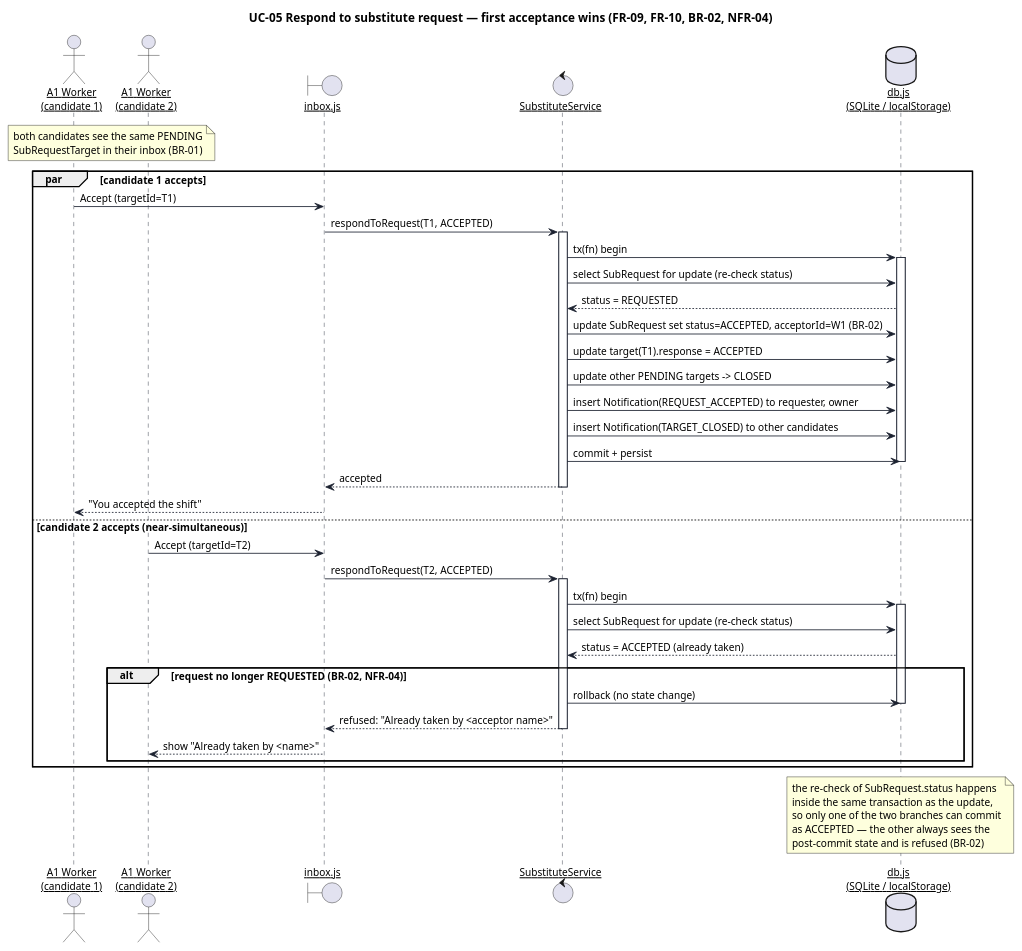
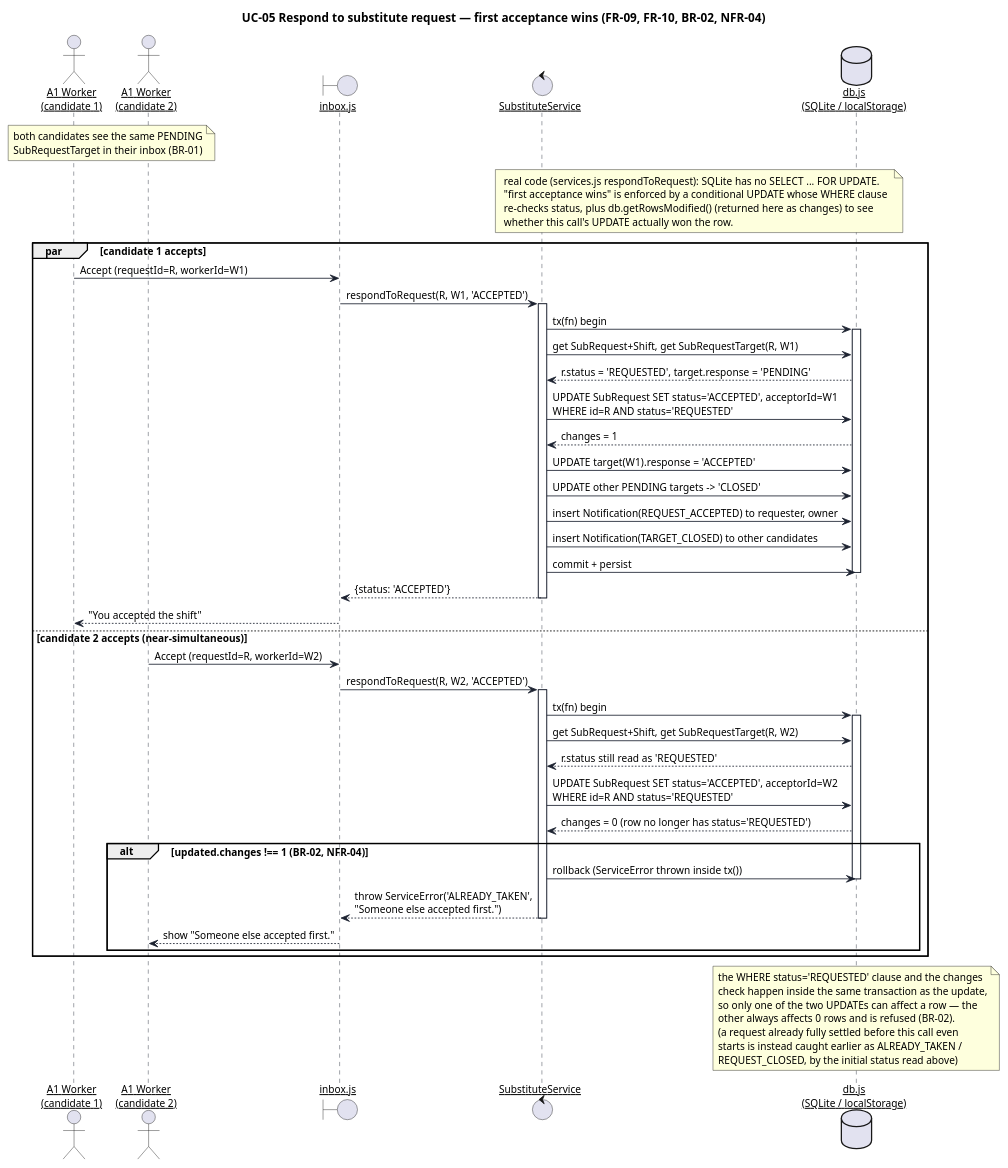
The diagram in uml/src/seq-2-accept.puml (keemlogan/shiftswap), drawn with PlantUML before and after one commit. The commit also changed 95 other files, not shown here.

Commit message:
Iteration 3: v3 UI, tests 62, UML aligned with code, report chapters 1-6 and 8, prompt v4 written

```diff
--- a/uml/src/seq-2-accept.puml
+++ b/uml/src/seq-2-accept.puml
@@ -1,70 +1,82 @@
 @startuml seq-2-accept
 skinparam defaultFontName "Helvetica"
 skinparam defaultFontSize 12
 skinparam shadowing false
 skinparam backgroundColor #FFFFFF
 skinparam sequenceArrowThickness 1
 skinparam sequenceParticipant underline
 skinparam participant {
   BackgroundColor #FFFFFF
   BorderColor #1C2230
 }
 skinparam sequence {
   LifeLineBorderColor #1C2230
   ArrowColor #1C2230
   BoxBorderColor #1C2230
 }
 
 title UC-05 Respond to substitute request — first acceptance wins (FR-09, FR-10, BR-02, NFR-04)
 
 actor "A1 Worker\n(candidate 1)" as W1
 actor "A1 Worker\n(candidate 2)" as W2
 boundary "inbox.js" as UI
 control "SubstituteService" as Svc
 database "db.js\n(SQLite / localStorage)" as DB
 
 note over W1, W2 : both candidates see the same PENDING\nSubRequestTarget in their inbox (BR-01)
 
+note over Svc, DB
+  real code (services.js respondToRequest): SQLite has no SELECT ... FOR UPDATE.
+  "first acceptance wins" is enforced by a conditional UPDATE whose WHERE clause
+  re-checks status, plus db.getRowsModified() (returned here as changes) to see
+  whether this call's UPDATE actually won the row.
+end note
+
 par candidate 1 accepts
-  W1 -> UI : Accept (targetId=T1)
-  UI -> Svc : respondToRequest(T1, ACCEPTED)
+  W1 -> UI : Accept (requestId=R, workerId=W1)
+  UI -> Svc : respondToRequest(R, W1, 'ACCEPTED')
   activate Svc
   Svc -> DB : tx(fn) begin
   activate DB
-  Svc -> DB : select SubRequest for update (re-check status)
-  DB --> Svc : status = REQUESTED
-  Svc -> DB : update SubRequest set status=ACCEPTED, acceptorId=W1 (BR-02)
-  Svc -> DB : update target(T1).response = ACCEPTED
-  Svc -> DB : update other PENDING targets -> CLOSED
+  Svc -> DB : get SubRequest+Shift, get SubRequestTarget(R, W1)
+  DB --> Svc : r.status = 'REQUESTED', target.response = 'PENDING'
+  Svc -> DB : UPDATE SubRequest SET status='ACCEPTED', acceptorId=W1\nWHERE id=R AND status='REQUESTED'
+  DB --> Svc : changes = 1
+  Svc -> DB : UPDATE target(W1).response = 'ACCEPTED'
+  Svc -> DB : UPDATE other PENDING targets -> 'CLOSED'
   Svc -> DB : insert Notification(REQUEST_ACCEPTED) to requester, owner
   Svc -> DB : insert Notification(TARGET_CLOSED) to other candidates
   Svc -> DB : commit + persist
   deactivate DB
-  Svc --> UI : accepted
+  Svc --> UI : {status: 'ACCEPTED'}
   deactivate Svc
   UI --> W1 : "You accepted the shift"
 else candidate 2 accepts (near-simultaneous)
-  W2 -> UI : Accept (targetId=T2)
-  UI -> Svc : respondToRequest(T2, ACCEPTED)
+  W2 -> UI : Accept (requestId=R, workerId=W2)
+  UI -> Svc : respondToRequest(R, W2, 'ACCEPTED')
   activate Svc
   Svc -> DB : tx(fn) begin
   activate DB
-  Svc -> DB : select SubRequest for update (re-check status)
-  DB --> Svc : status = ACCEPTED (already taken)
-  alt request no longer REQUESTED (BR-02, NFR-04)
-    Svc -> DB : rollback (no state change)
+  Svc -> DB : get SubRequest+Shift, get SubRequestTarget(R, W2)
+  DB --> Svc : r.status still read as 'REQUESTED'
+  Svc -> DB : UPDATE SubRequest SET status='ACCEPTED', acceptorId=W2\nWHERE id=R AND status='REQUESTED'
+  DB --> Svc : changes = 0 (row no longer has status='REQUESTED')
+  alt updated.changes !== 1 (BR-02, NFR-04)
+    Svc -> DB : rollback (ServiceError thrown inside tx())
     deactivate DB
-    Svc --> UI : refused: "Already taken by <acceptor name>"
+    Svc --> UI : throw ServiceError('ALREADY_TAKEN',\n"Someone else accepted first.")
     deactivate Svc
-    UI --> W2 : show "Already taken by <name>"
+    UI --> W2 : show "Someone else accepted first."
   end
 end
 
 note over DB
-  the re-check of SubRequest.status happens
-  inside the same transaction as the update,
-  so only one of the two branches can commit
-  as ACCEPTED — the other always sees the
-  post-commit state and is refused (BR-02)
+  the WHERE status='REQUESTED' clause and the changes
+  check happen inside the same transaction as the update,
+  so only one of the two UPDATEs can affect a row — the
+  other always affects 0 rows and is refused (BR-02).
+  (a request already fully settled before this call even
+  starts is instead caught earlier as ALREADY_TAKEN /
+  REQUEST_CLOSED, by the initial status read above)
 end note
 @enduml
```
